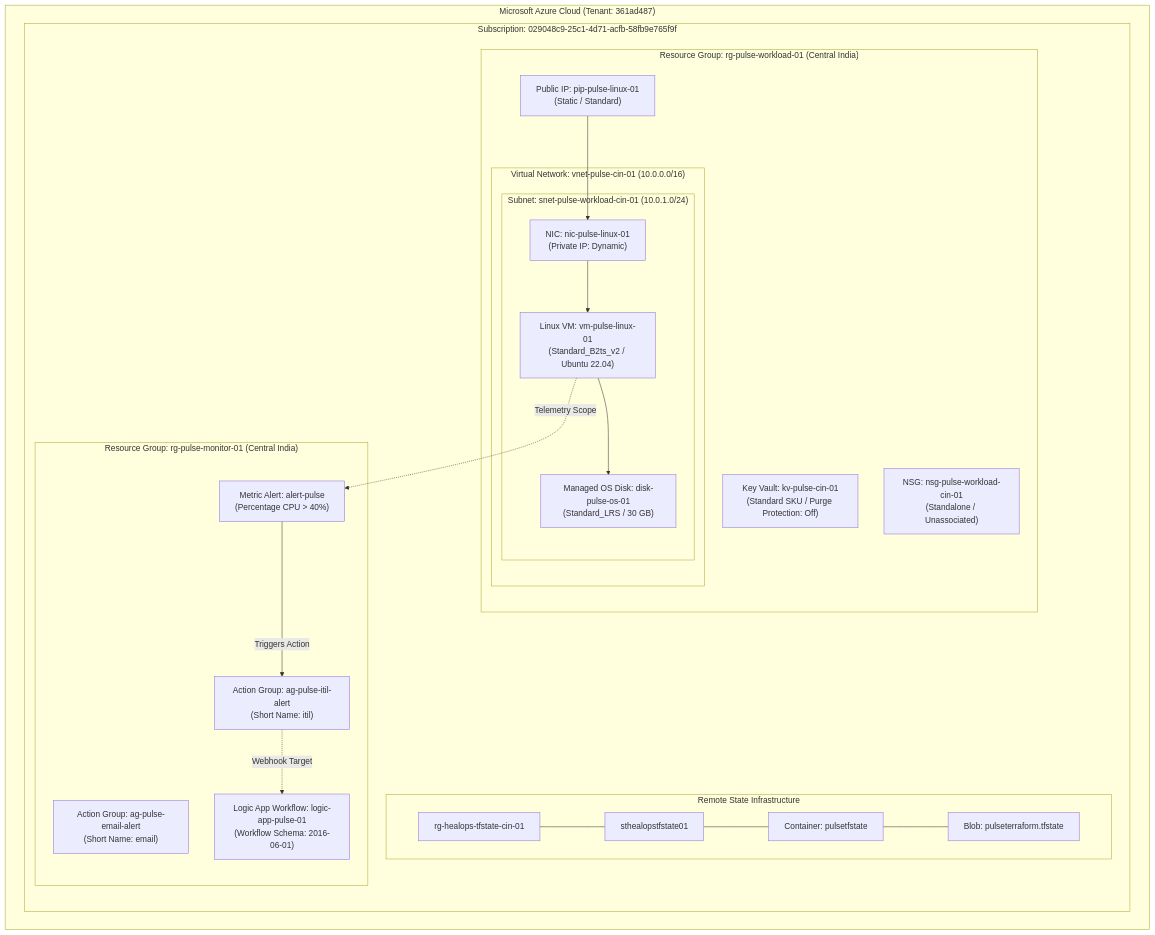
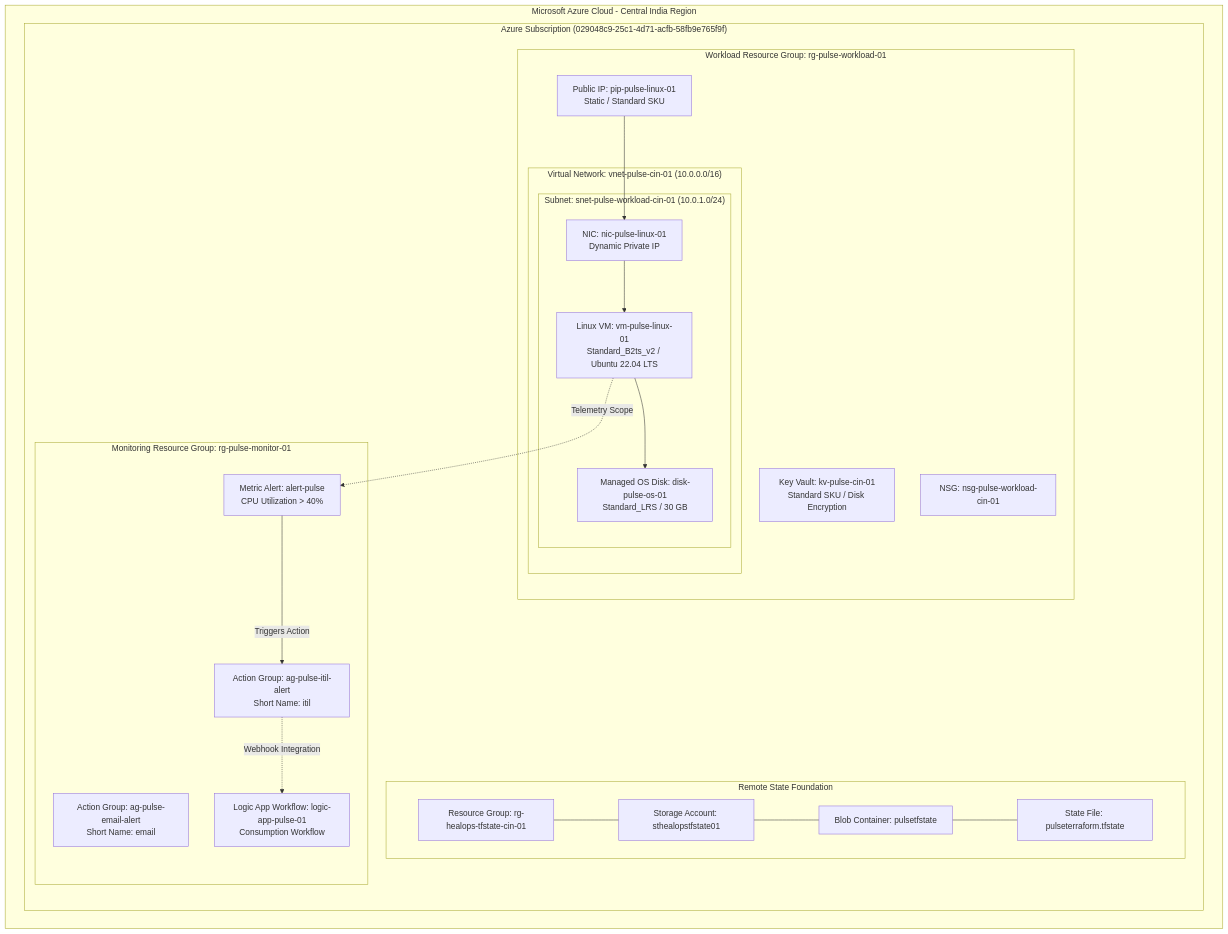
The first of 4 diagrams in architecture/diagrams.md (pahujarvp/pulse-terraform), drawn with Mermaid before and after one commit. The commit also changed other lines of this file and 6 other files, not shown here.

Commit message:
docs: update architecture showcase documentation and diagrams

````diff
--- a/architecture/diagrams.md
+++ b/architecture/diagrams.md
@@ -9,44 +9,44 @@
 ```mermaid
 flowchart TD
-    subgraph AzureCloud["Microsoft Azure Cloud (Tenant: 361ad487)"]
-        subgraph Sub["Subscription: 029048c9-25c1-4d71-acfb-58fb9e765f9f"]
-            subgraph Backend["Remote State Infrastructure"]
-                RS_RG["rg-healops-tfstate-cin-01"]
-                RS_ST["sthealopstfstate01"]
-                RS_CT["Container: pulsetfstate"]
-                RS_BL["Blob: pulseterraform.tfstate"]
+    subgraph AzureCloud["Microsoft Azure Cloud - Central India Region"]
+        subgraph Sub["Azure Subscription (029048c9-25c1-4d71-acfb-58fb9e765f9f)"]
+            subgraph Backend["Remote State Foundation"]
+                RS_RG["Resource Group: rg-healops-tfstate-cin-01"]
+                RS_ST["Storage Account: sthealopstfstate01"]
+                RS_CT["Blob Container: pulsetfstate"]
+                RS_BL["State File: pulseterraform.tfstate"]
                 RS_RG --- RS_ST --- RS_CT --- RS_BL
             end
 
-            subgraph RG_Workload["Resource Group: rg-pulse-workload-01 (Central India)"]
-                KV["Key Vault: kv-pulse-cin-01<br/>(Standard SKU / Purge Protection: Off)"]
-                PIP["Public IP: pip-pulse-linux-01<br/>(Static / Standard)"]
+            subgraph RG_Workload["Workload Resource Group: rg-pulse-workload-01"]
+                KV["Key Vault: kv-pulse-cin-01<br/>Standard SKU / Disk Encryption"]
+                PIP["Public IP: pip-pulse-linux-01<br/>Static / Standard SKU"]
                 
                 subgraph VNet["Virtual Network: vnet-pulse-cin-01 (10.0.0.0/16)"]
                     subgraph Subnet["Subnet: snet-pulse-workload-cin-01 (10.0.1.0/24)"]
-                        NIC["NIC: nic-pulse-linux-01<br/>(Private IP: Dynamic)"]
-                        VM["Linux VM: vm-pulse-linux-01<br/>(Standard_B2ts_v2 / Ubuntu 22.04)"]
-                        OSDisk["Managed OS Disk: disk-pulse-os-01<br/>(Standard_LRS / 30 GB)"]
+                        NIC["NIC: nic-pulse-linux-01<br/>Dynamic Private IP"]
+                        VM["Linux VM: vm-pulse-linux-01<br/>Standard_B2ts_v2 / Ubuntu 22.04 LTS"]
+                        OSDisk["Managed OS Disk: disk-pulse-os-01<br/>Standard_LRS / 30 GB"]
                         
                         NIC --> VM
                         VM --> OSDisk
                     end
                 end
 
-                NSG["NSG: nsg-pulse-workload-cin-01<br/>(Standalone / Unassociated)"]
+                NSG["NSG: nsg-pulse-workload-cin-01"]
                 PIP --> NIC
             end
 
-            subgraph RG_Monitoring["Resource Group: rg-pulse-monitor-01 (Central India)"]
-                AG1["Action Group: ag-pulse-email-alert<br/>(Short Name: email)"]
-                AG2["Action Group: ag-pulse-itil-alert<br/>(Short Name: itil)"]
-                LOGIC["Logic App Workflow: logic-app-pulse-01<br/>(Workflow Schema: 2016-06-01)"]
-                ALERT["Metric Alert: alert-pulse<br/>(Percentage CPU > 40%)"]
+            subgraph RG_Monitoring["Monitoring Resource Group: rg-pulse-monitor-01"]
+                AG1["Action Group: ag-pulse-email-alert<br/>Short Name: email"]
+                AG2["Action Group: ag-pulse-itil-alert<br/>Short Name: itil"]
+                LOGIC["Logic App Workflow: logic-app-pulse-01<br/>Consumption Workflow"]
+                ALERT["Metric Alert: alert-pulse<br/>CPU Utilization > 40%"]
             end
         end
     end
 
     VM -.->|Telemetry Scope| ALERT
     ALERT -->|Triggers Action| AG2
-    AG2 -.->|Webhook Target| LOGIC
+    AG2 -.->|Webhook Integration| LOGIC
 ```
````
